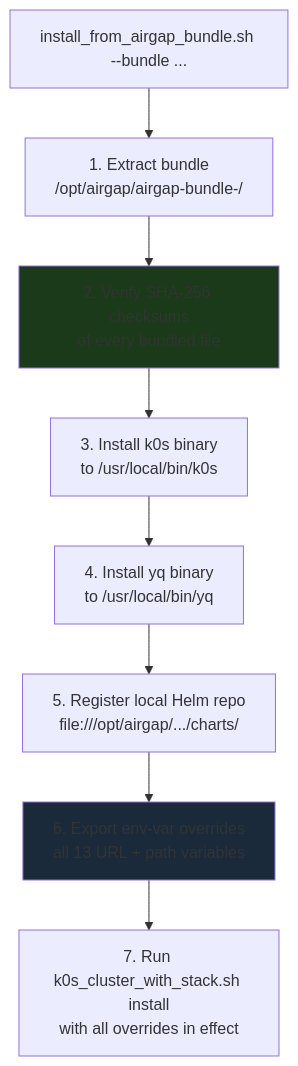
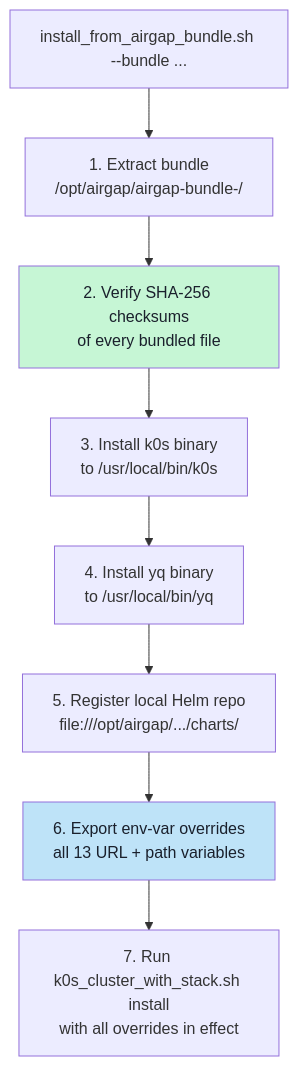
Before and after one commit to splunk/splunk-ai-operator: the ninth of 14 diagrams in tools/cluster_setup/DEPLOYMENT_GUIDE.md, drawn with Mermaid. The commit also changed other lines of this file and 1 other file, not shown here.

First line of the commit message:
docs: update TEST_PLAN with session changes; fix DEPLOYMENT_GUIDE diagram colors

````diff
--- a/tools/cluster_setup/DEPLOYMENT_GUIDE.md
+++ b/tools/cluster_setup/DEPLOYMENT_GUIDE.md
@@ -497,15 +502,15 @@
 ```mermaid
 flowchart TD
     A["install_from_airgap_bundle.sh --bundle ..."] --> B
 
     B["1. Extract bundle\n/opt/airgap/airgap-bundle-<date>/"]
     B --> C["2. Verify SHA-256 checksums\nof every bundled file"]
     C --> D["3. Install k0s binary\nto /usr/local/bin/k0s"]
     D --> E["4. Install yq binary\nto /usr/local/bin/yq"]
     E --> F["5. Register local Helm repo\nfile:///opt/airgap/.../charts/"]
     F --> G["6. Export env-var overrides\nall 13 URL + path variables"]
     G --> H["7. Run k0s_cluster_with_stack.sh install\nwith all overrides in effect"]
 
-    style C fill:#1a3a1a
-    style G fill:#1a2a3a
+    style C fill:#c6f6d5,color:#1a202c
+    style G fill:#bee3f8,color:#1a202c
 ```
````
